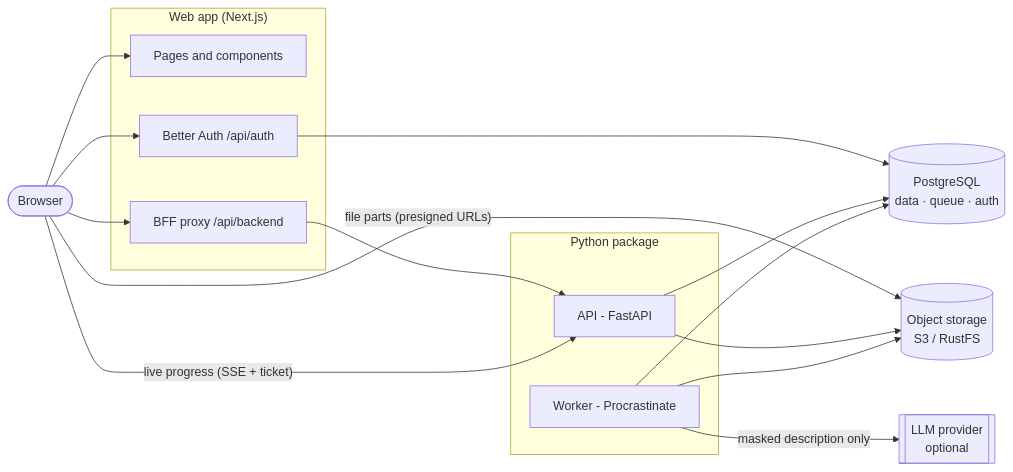
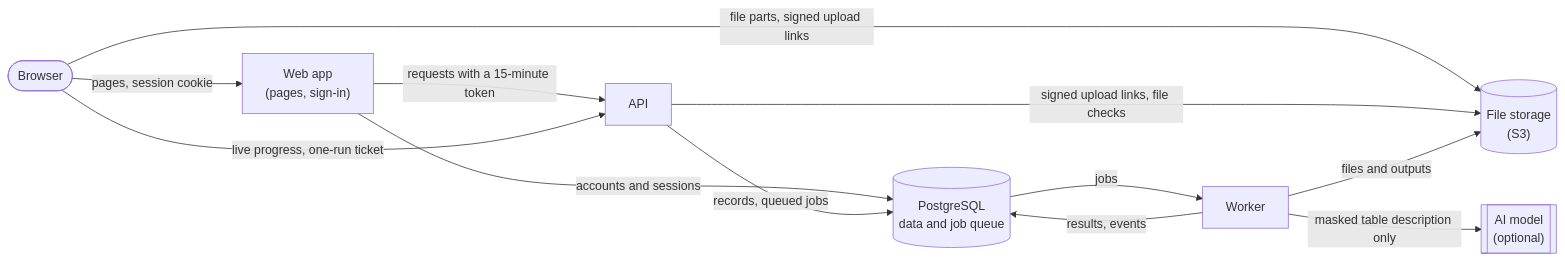
Before and after one commit to rupeshghimire7/InsightfullCell: the diagram in README.md, drawn with Mermaid. The commit also changed other lines of this file, not shown here.

Commit message:
docs(readme): rewrite for judges: try it with Kaggle samples, install, architecture, tests, deployment, team and licence

````diff
--- a/README.md
+++ b/README.md
@@ -177,27 +90,22 @@
 ```mermaid
 flowchart LR
     browser([Browser])
-    subgraph web["Web app (Next.js)"]
-        ui[Pages and components]
-        bff[BFF proxy /api/backend]
-        auth[Better Auth /api/auth]
-    end
-    subgraph py["Python package"]
-        api[API - FastAPI]
-        worker[Worker - Procrastinate]
-    end
-    pg[(PostgreSQL<br/>data · queue · auth)]
-    s3[(Object storage<br/>S3 / RustFS)]
-    llm[[LLM provider<br/>optional]]
+    web["Web app<br/>(pages, sign-in)"]
+    api["API"]
+    worker["Worker"]
+    pg[("PostgreSQL<br/>data and job queue")]
+    s3[("File storage<br/>(S3)")]
+    ai[["AI model<br/>(optional)"]]
 
-    browser --> ui
-    browser --> bff --> api
-    browser --> auth --> pg
-    browser -- "file parts (presigned URLs)" --> s3
-    browser -- "live progress (SSE + ticket)" --> api
-    api --> pg
-    api --> s3
-    worker --> pg
-    worker --> s3
-    worker -- "masked description only" --> llm
+    browser -- "pages, session cookie" --> web
+    web -- "requests with a 15-minute token" --> api
+    web -- "accounts and sessions" --> pg
+    browser -- "file parts, signed upload links" --> s3
+    browser -- "live progress, one-run ticket" --> api
+    api -- "records, queued jobs" --> pg
+    pg -- "jobs" --> worker
+    worker -- "results, events" --> pg
+    api -- "signed upload links, file checks" --> s3
+    worker -- "files and outputs" --> s3
+    worker -- "masked table description only" --> ai
 ```
````
